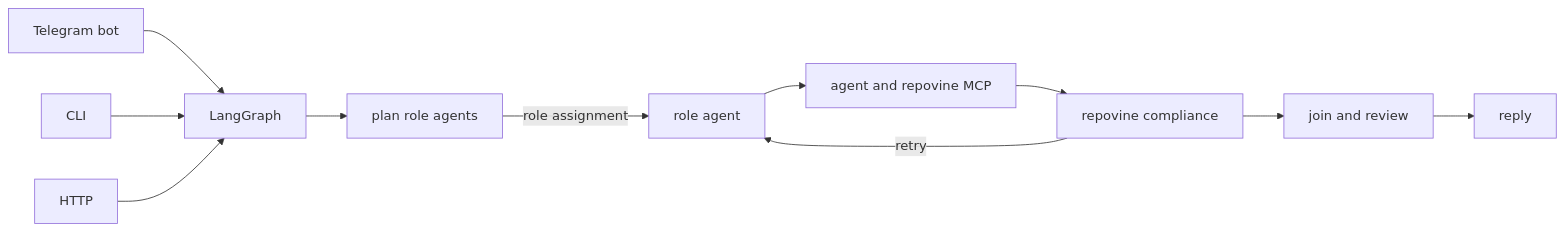
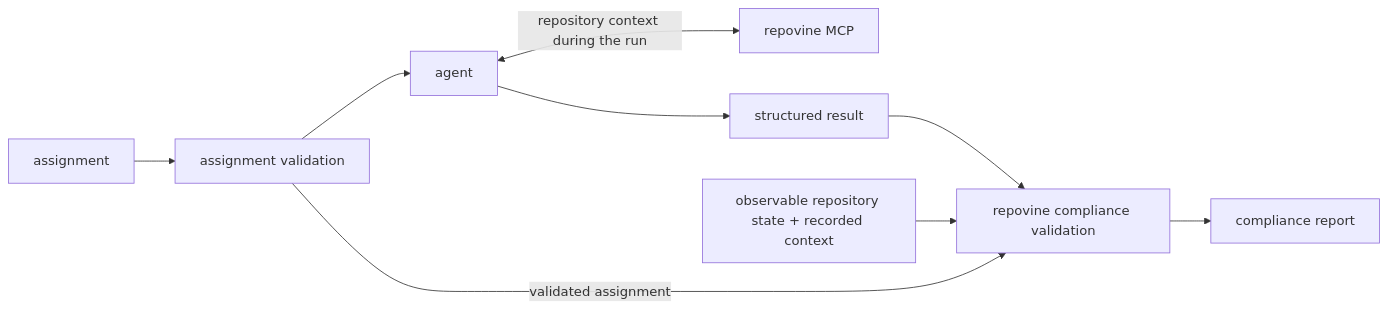
Before and after one commit to legann/repovine: the second of 2 diagrams in README.md, drawn with Mermaid. The commit also changed other lines of this file and 55 other files, not shown here.

````diff
--- a/README.md
+++ b/README.md
@@ -208,13 +70,11 @@
 ```mermaid
 graph LR
-  TG["Telegram bot"] --> G["LangGraph"]
-  CLI["CLI"] --> G
-  HTTP["HTTP"] --> G
-  G --> P["plan role agents"]
-  P -->|"role assignment"| A["role agent"]
-  A --> W["agent and repovine MCP"]
-  W --> C["repovine compliance"]
-  C -->|"retry"| A
-  C --> J["join and review"]
-  J --> R["reply"]
+  IN["assignment"] --> AV["assignment validation"]
+  AV --> A["agent"]
+  A <-->|"repository context during the run"| MCP["repovine MCP"]
+  A --> R["structured result"]
+  AV -->|"validated assignment"| V["repovine compliance validation"]
+  R --> V
+  S["observable repository state + recorded context"] --> V
+  V --> OUT["compliance report"]
 ```
````
